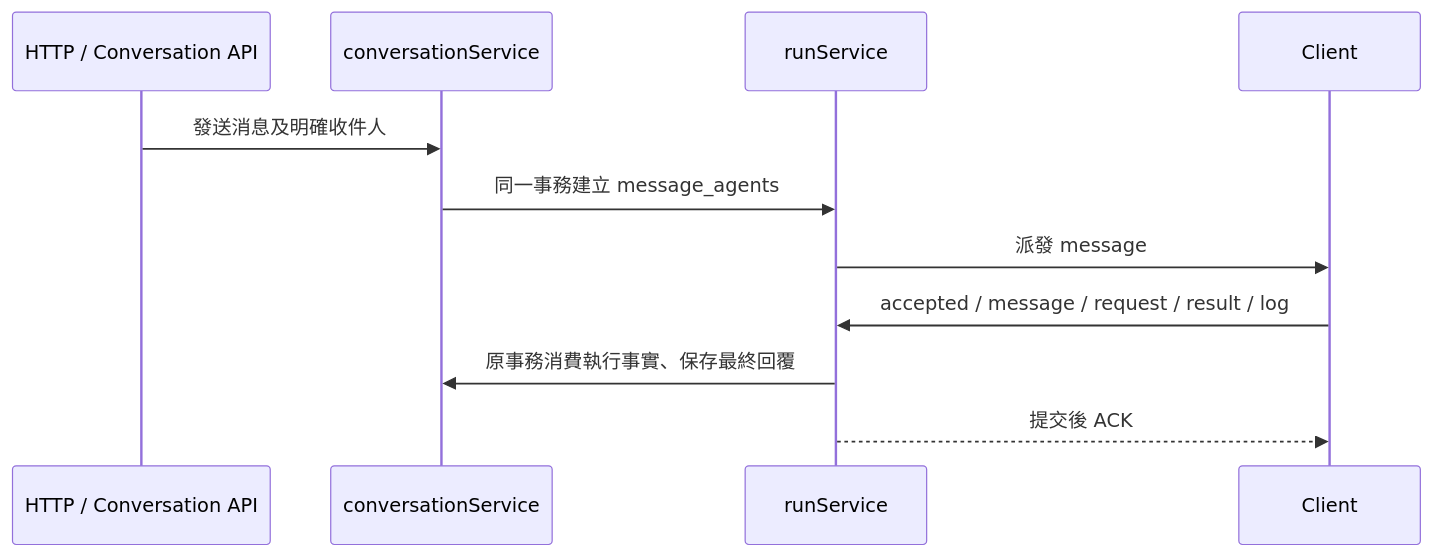
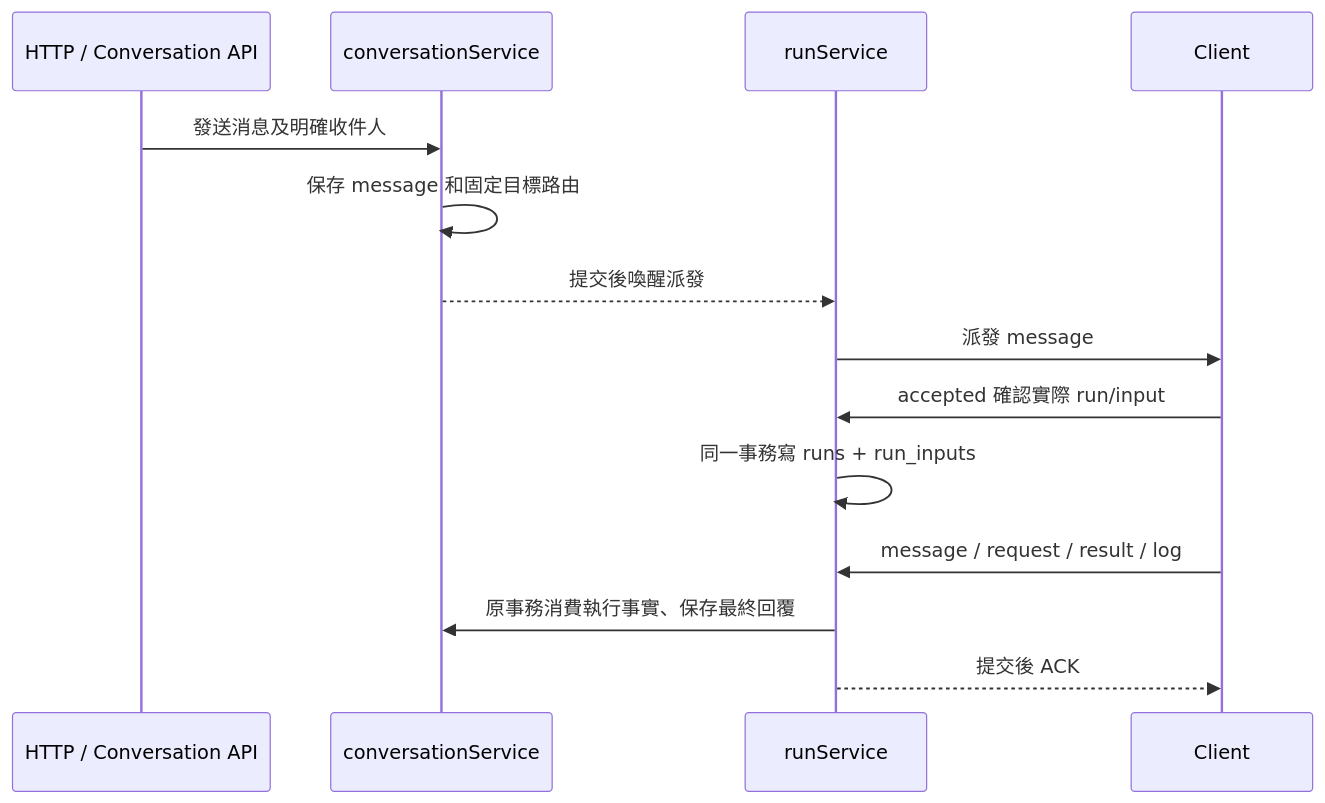
Before and after one commit to memory-co/agentuse: the second of 2 diagrams in designs/v3/server-main.md, drawn with Mermaid. The commit also changed other lines of this file and 66 other files, not shown here.

Commit message:
Record run inputs only after Client acceptance

````diff
--- a/designs/v3/server-main.md
+++ b/designs/v3/server-main.md
@@ -125,13 +125,16 @@
 ```mermaid
 sequenceDiagram
     participant API as HTTP / Conversation API
     participant C as conversationService
     participant R as runService
     participant Client as Client
     API->>C: 發送消息及明確收件人
-    C->>R: 同一事務建立 message_agents
+    C->>C: 保存 message 和固定目標路由
+    C-->>R: 提交後喚醒派發
     R->>Client: 派發 message
-    Client->>R: accepted / message / request / result / log
+    Client->>R: accepted 確認實際 run/input
+    R->>R: 同一事務寫 runs + run_inputs
+    Client->>R: message / request / result / log
     R->>C: 原事務消費執行事實、保存最終回覆
     R-->>Client: 提交後 ACK
 ```
````
